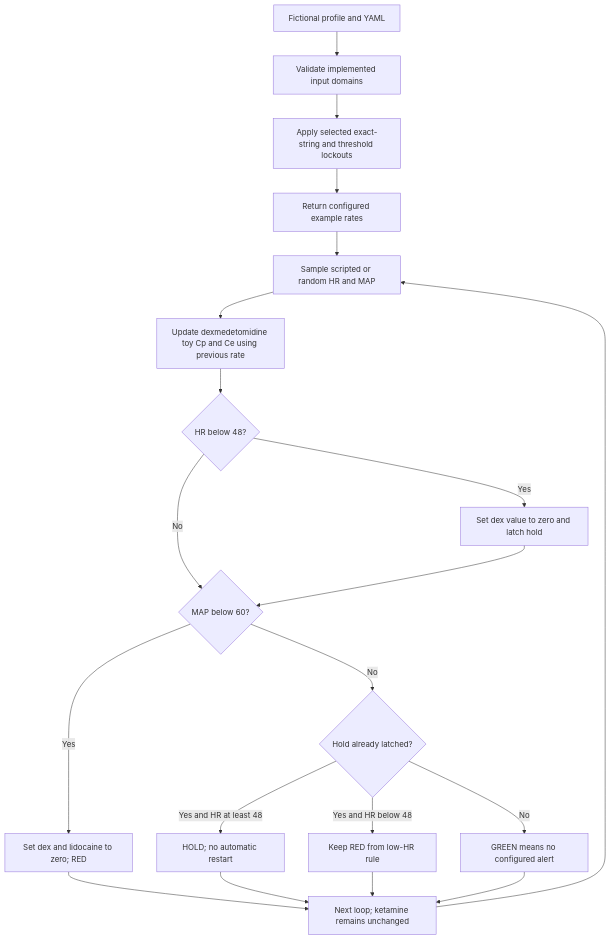
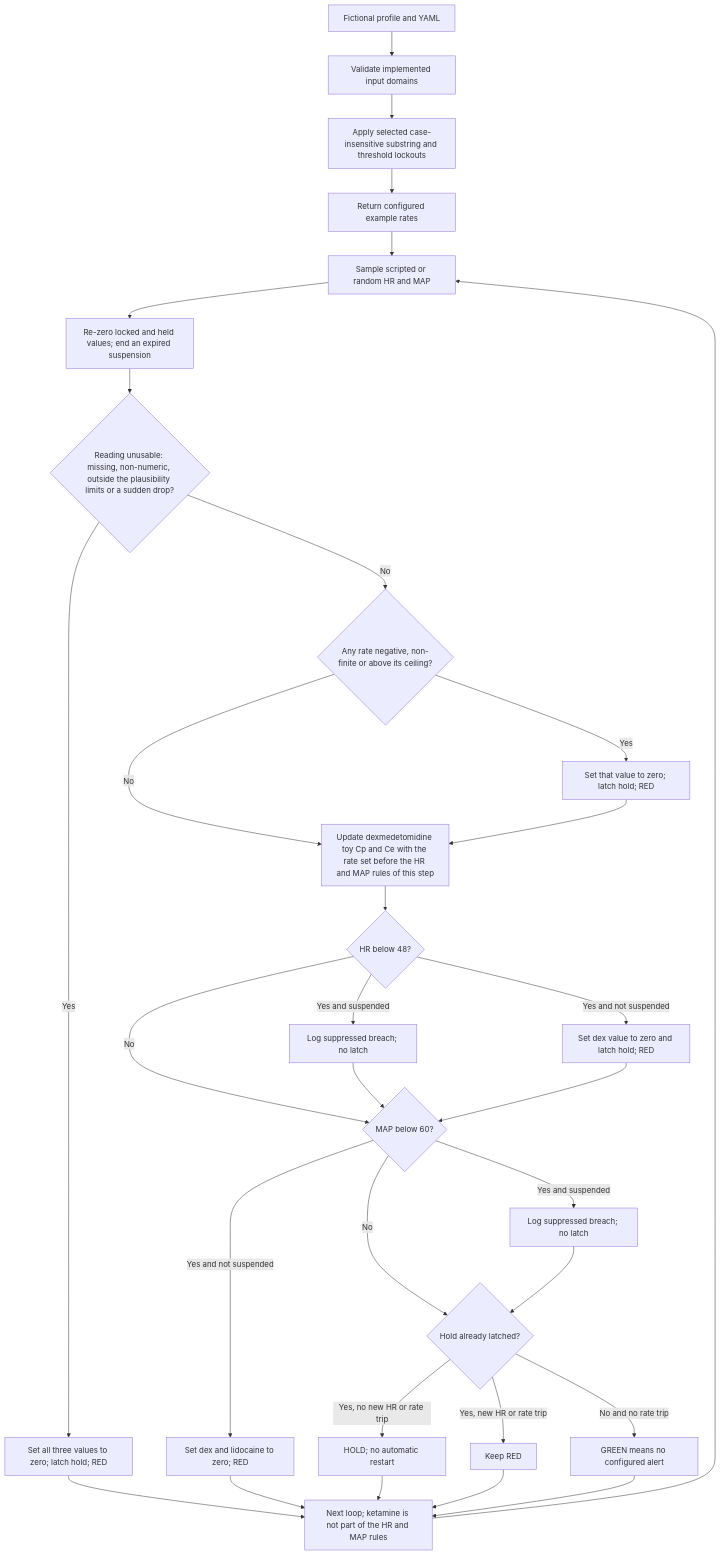
One commit to collingeorge/Smart-NOA-Controller changed the diagram in GUIDELINE_INFORMED_EXAMPLES.md. Above: the diagram before and after it, drawn with Mermaid. The commit also changed other lines of this file and 21 other files, not shown here.

First line of the commit message:
05r: safety-design write-up, generated diagrams, doc corrections, two simulator fixes

````diff
--- a/GUIDELINE_INFORMED_EXAMPLES.md
+++ b/GUIDELINE_INFORMED_EXAMPLES.md
@@ -76,22 +76,33 @@
 ```mermaid
 flowchart TD
  A[Fictional profile and YAML] --> B[Validate implemented input domains]
- B --> C[Apply selected exact-string and threshold lockouts]
+ B --> C[Apply selected case-insensitive substring and threshold lockouts]
  C --> D[Return configured example rates]
  D --> E[Sample scripted or random HR and MAP]
- E --> F[Update dexmedetomidine toy Cp and Ce using previous rate]
+ E --> P[Re-zero locked and held values; end an expired suspension]
+ P --> S{Reading unusable: missing, non-numeric, outside the plausibility limits or a sudden drop?}
+ S -->|Yes| SF[Set all three values to zero; latch hold; RED]
+ S -->|No| R{Any rate negative, non-finite or above its ceiling?}
+ R -->|Yes| RF[Set that value to zero; latch hold; RED]
+ R -->|No| F[Update dexmedetomidine toy Cp and Ce with the rate set before the HR and MAP rules of this step]
+ RF --> F
  F --> G{HR below 48?}
- G -->|Yes| H[Set dex value to zero and latch hold]
+ G -->|Yes and suspended| GS[Log suppressed breach; no latch]
+ G -->|Yes and not suspended| H[Set dex value to zero and latch hold; RED]
  G -->|No| I{MAP below 60?}
+ GS --> I
  H --> I
- I -->|Yes| J[Set dex and lidocaine to zero; RED]
+ I -->|Yes and suspended| IS[Log suppressed breach; no latch]
+ I -->|Yes and not suspended| J[Set dex and lidocaine to zero; RED]
  I -->|No| K{Hold already latched?}
- K -->|Yes and HR at least 48| L[HOLD; no automatic restart]
- K -->|Yes and HR below 48| M[Keep RED from low-HR rule]
- K -->|No| N[GREEN means no configured alert]
- J --> O[Next loop; ketamine remains unchanged]
+ IS --> K
+ K -->|Yes, no new HR or rate trip| L[HOLD; no automatic restart]
+ K -->|Yes, new HR or rate trip| M[Keep RED]
+ K -->|No and no rate trip| N[GREEN means no configured alert]
+ SF --> O[Next loop; ketamine is not part of the HR and MAP rules]
+ J --> O
  L --> O
  M --> O
  N --> O
  O --> E
 ```
````
